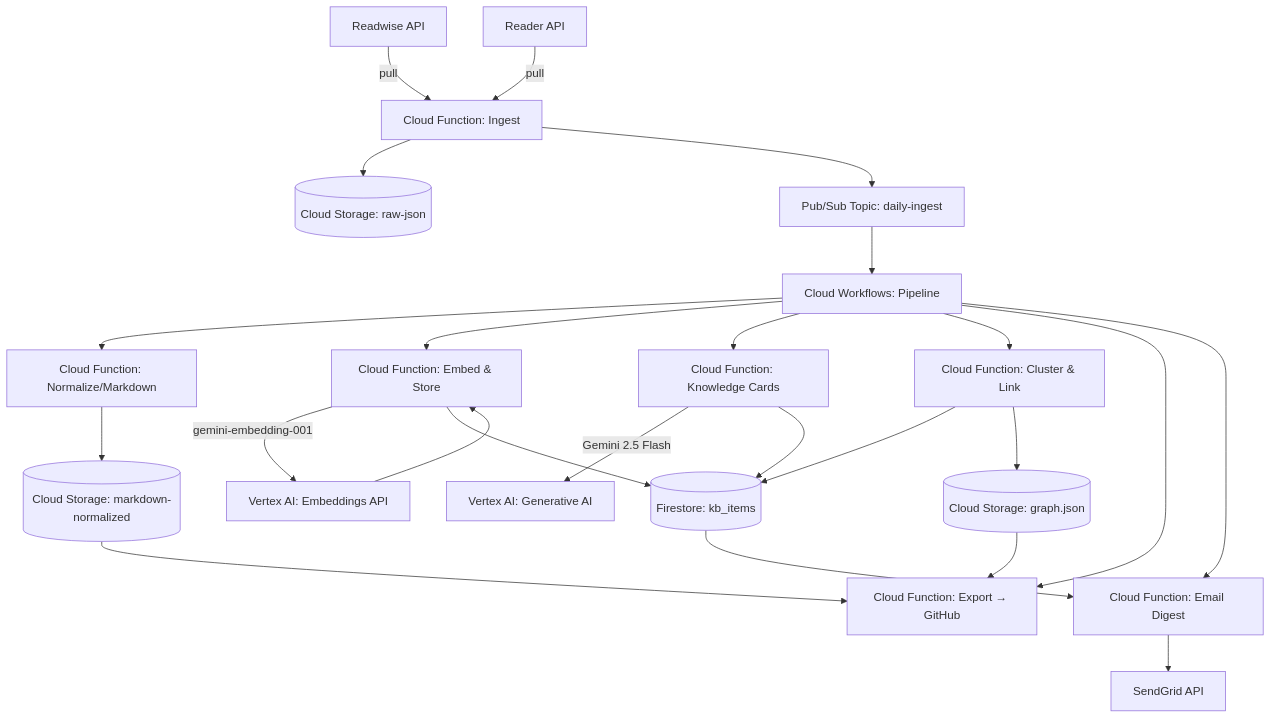
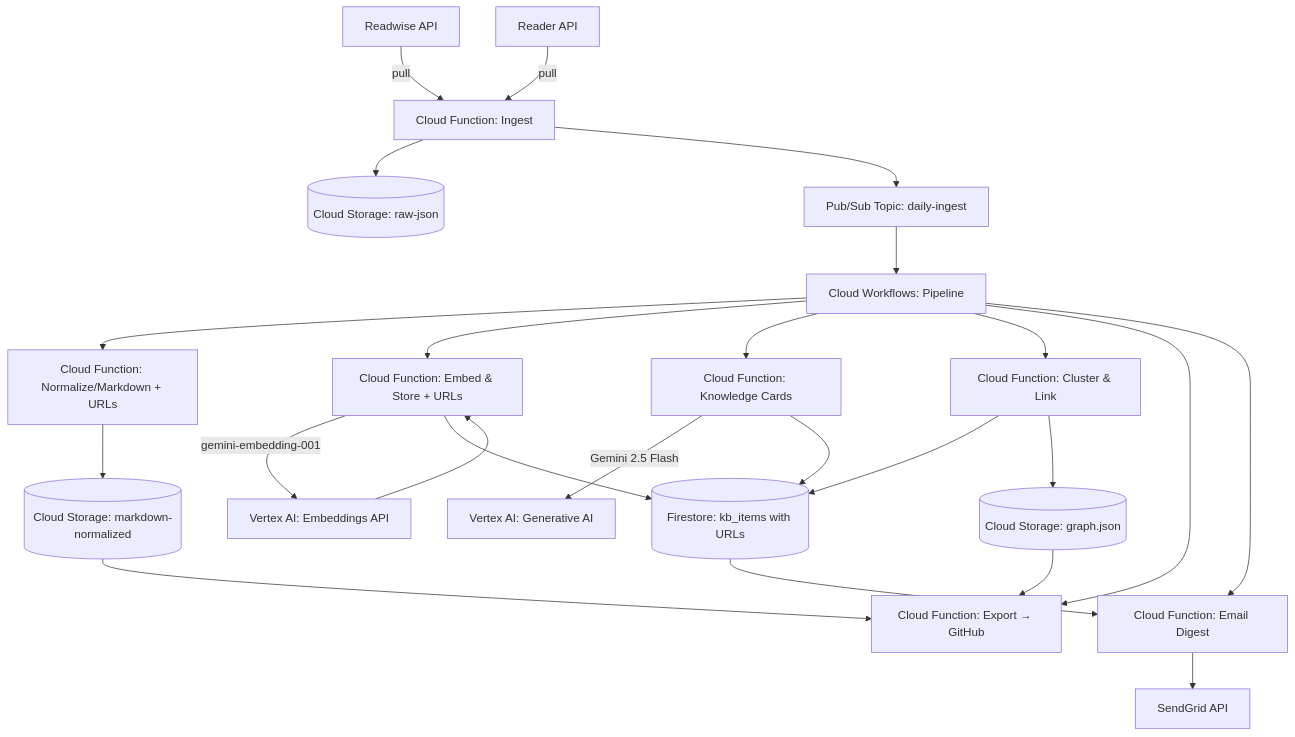
The first of 3 diagrams in docs/architecture.md (chrismmuc/kx-hub), drawn with Mermaid before and after one commit. The commit also changed 23 other files, not shown here.

````diff
--- a/docs/architecture.md
+++ b/docs/architecture.md
@@ -13,34 +13,34 @@
 ```mermaid
 flowchart TB
   RW[Readwise API] -->|pull| F1[Cloud Function: Ingest]
   RR[Reader API]   -->|pull| F1
 
   F1 --> GCS_RAW[(Cloud Storage: raw-json)]
   F1 --> PS_TOPIC[Pub/Sub Topic: daily-ingest]
 
   PS_TOPIC --> WF[Cloud Workflows: Pipeline]
 
-  WF --> F2[Cloud Function: Normalize/Markdown]
+  WF --> F2[Cloud Function: Normalize/Markdown + URLs]
   F2 --> GCS_MD[(Cloud Storage: markdown-normalized)]
 
-  WF --> F3[Cloud Function: Embed & Store]
+  WF --> F3[Cloud Function: Embed & Store + URLs]
   F3 -->|gemini-embedding-001| V_EMB[Vertex AI: Embeddings API]
   V_EMB --> F3
-  F3 --> FS_KB[(Firestore: kb_items)]
+  F3 --> FS_KB[(Firestore: kb_items with URLs)]
 
   WF --> F4[Cloud Function: Knowledge Cards]
   F4 -->|Gemini 2.5 Flash| V_GEN[Vertex AI: Generative AI]
   F4 --> FS_KB
 
   WF --> F5[Cloud Function: Cluster & Link]
   F5 --> FS_KB
   F5 --> GCS_GRAPH[(Cloud Storage: graph.json)]
 
   WF --> F6[Cloud Function: Export → GitHub]
   GCS_MD --> F6
   GCS_GRAPH --> F6
 
   WF --> F7[Cloud Function: Email Digest]
   FS_KB --> F7
   F7 --> SENDGRID[SendGrid API]
 ```
````
